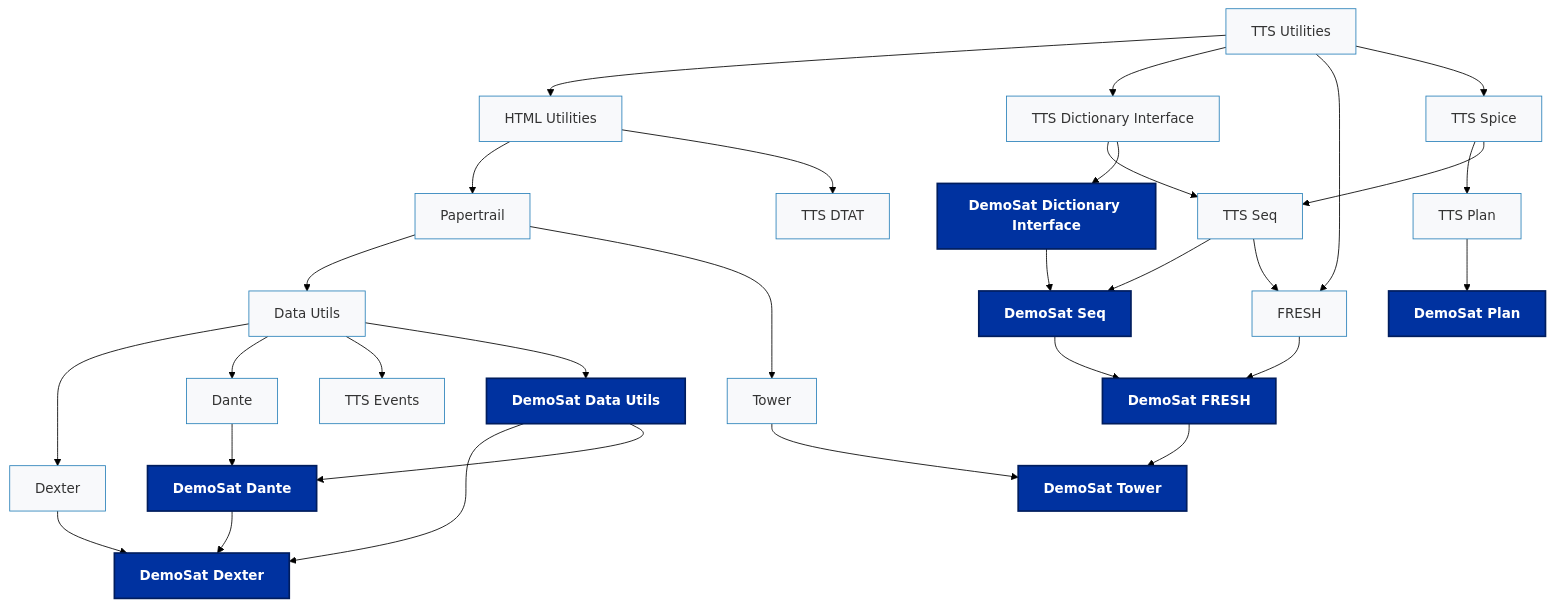
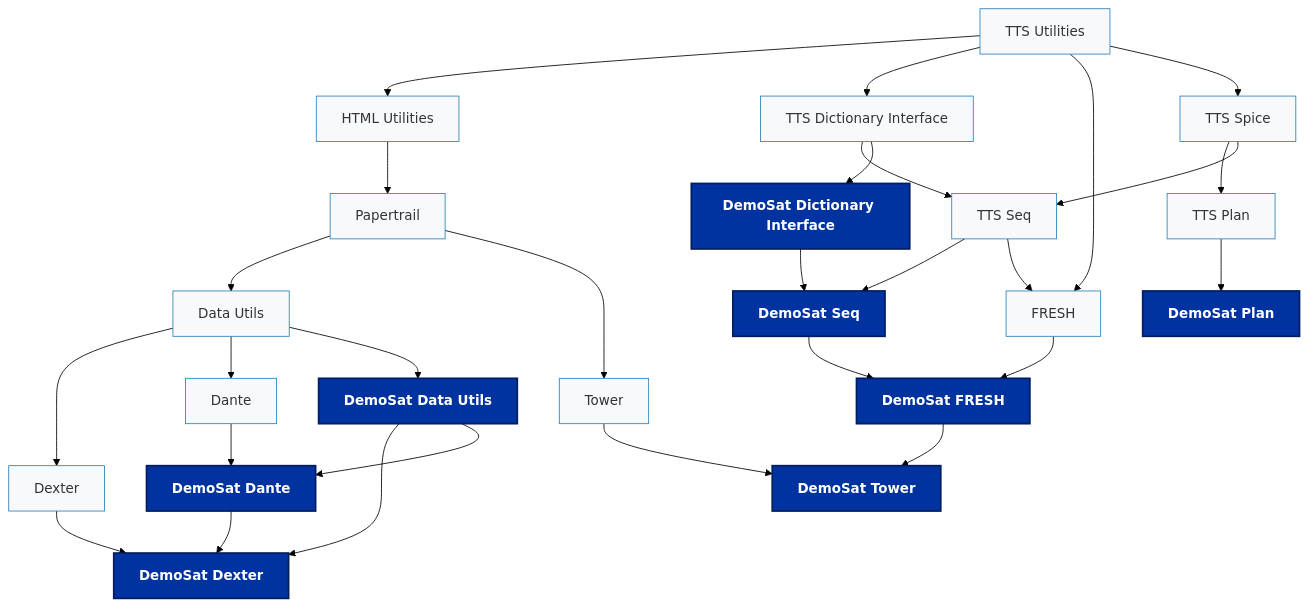
The diagram in docs/architecture.md (NASA-JPL-Teamtools-Studio/teamtools_documentation), drawn with Mermaid (forest theme) before and after one commit. The commit also changed other lines of this file, not shown here.

````diff
--- a/docs/architecture.md
+++ b/docs/architecture.md
@@ -19,41 +10,39 @@
 ```mermaid
 graph TD;
-    %% Core
+    %% Main Logic
     A[TTS Utilities] --> C[HTML Utilities];
     A --> D[TTS Dictionary Interface];
     D --> B[TTS Seq];
     A --> E[FRESH];
     C --> F[Papertrail];
-    C --> V[TTS DTAT];
     F --> G[Data Utils];
-    G --> H[Dexter];
-    G --> I[Dante];
-    G --> U[TTS Events];
+    G --> H[Dexter]
+    G --> I[Dante]
     E --> J[DemoSat FRESH];
     F --> K[Tower];
     H --> L[DemoSat Dexter];
     I --> M[DemoSat Dante];
-    K --> N[DemoSat Tower];
+    K --> N[DemoSat Tower]; 
     D --> O[DemoSat Dictionary Interface];
     G --> P[DemoSat Data Utils];
     B --> Q[DemoSat Seq];
     A --> R[TTS Spice];
     R --> S[TTS Plan];
     S --> T[DemoSat Plan];
     M --> L;
     R --> B;
     P --> L;
     P --> M;
     O --> Q;
     B --> E;
     Q --> J;
     J --> N;
+    
+    %% Utility Nodes (Clean & Professional)
+    classDef utility fill:#f8f9fb,stroke:#2980b9,stroke-width:1px,color:#333;
+    class A,B,C,D,E,F,G,H,I,K,R,S utility;
 
-    %% Utility Nodes
-    classDef utility fill:#f8f9fb,stroke:#2980b9,stroke-width:1px,color:#333;
-    class A,B,C,D,E,F,G,H,I,K,R,S,U,V utility;
-
-    %% NASA Blue for DemoSat Nodes
+    %% NASA Blue for DemoSat Nodes (The "Bottom Line")
     classDef demosat fill:#0032A0,stroke:#001d5e,stroke-width:2px,color:#fff,font-weight:bold;
     class J,L,M,N,O,P,Q,T demosat;
 ```
````
